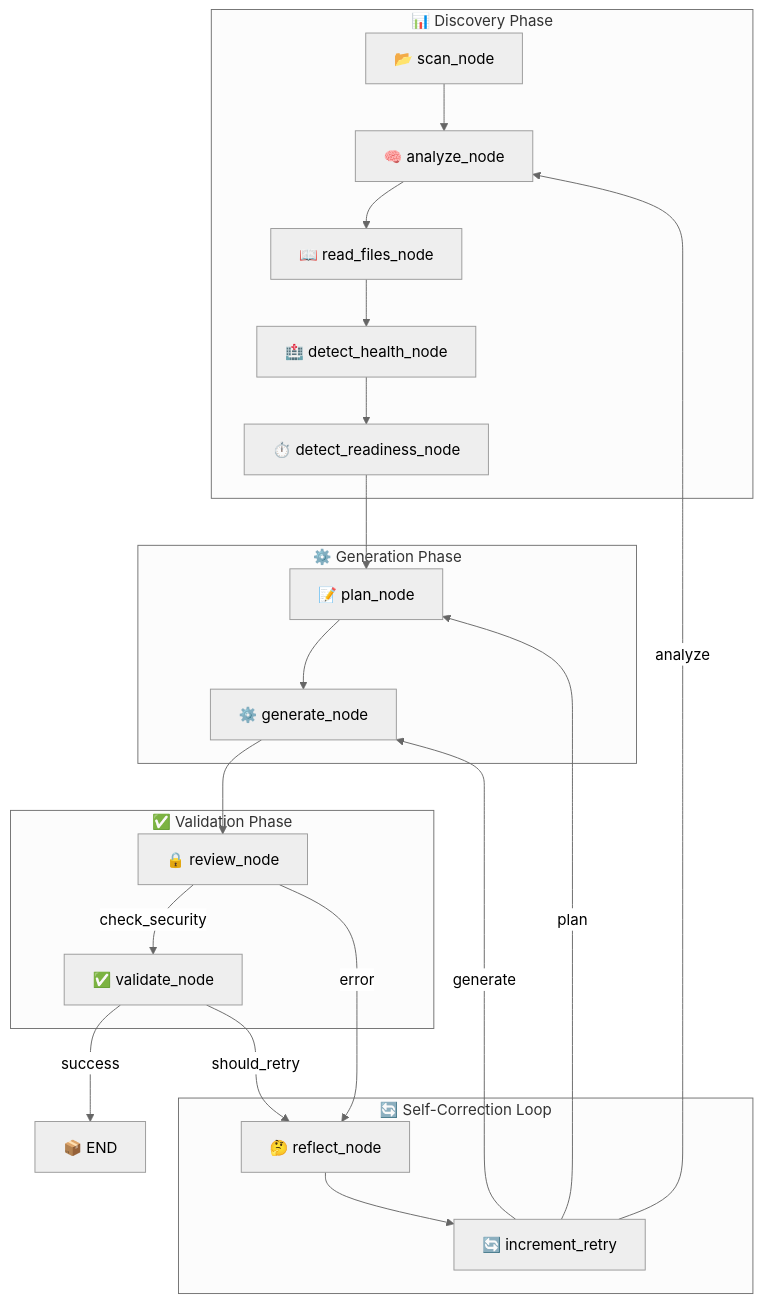
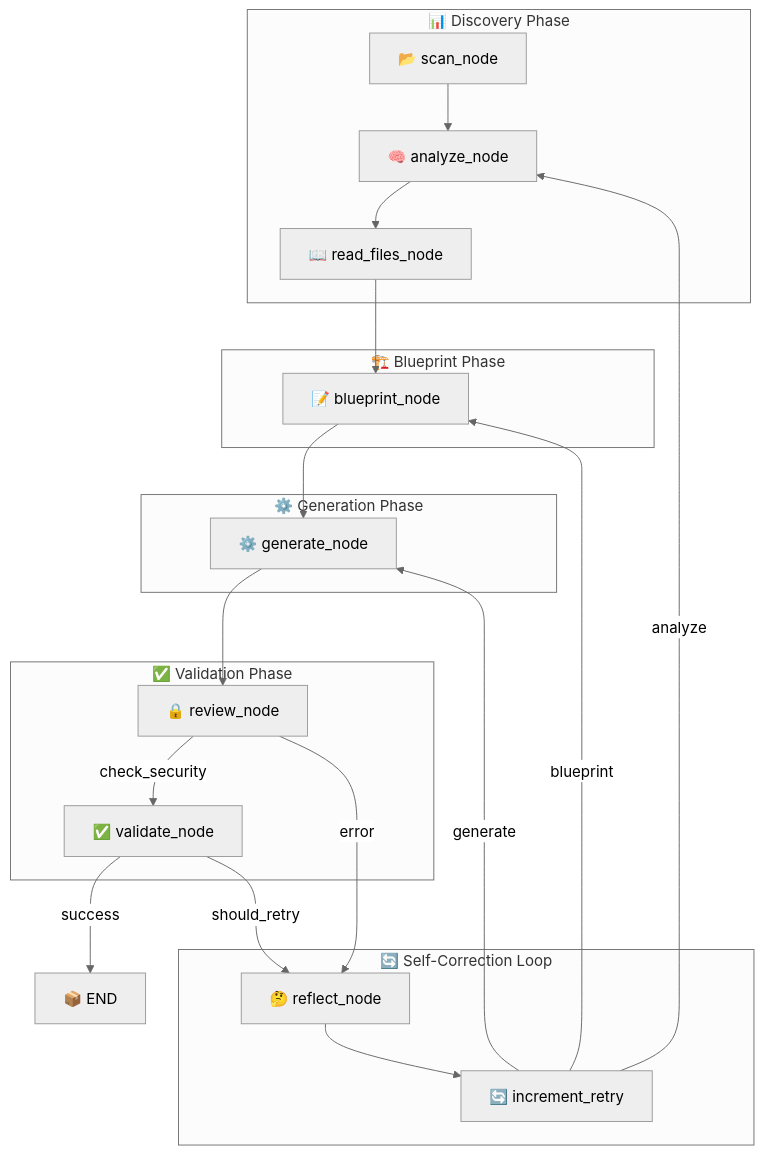
One commit to actions-marketplace-validations/itzzjb_dockai changed the diagram in docs/README.md. Above: the diagram before and after it, drawn with Mermaid (neutral theme). The commit also changed other lines of this file and 28 other files, not shown here.

Commit message:
feat: Refactor planning agent to blueprint, consolidating runtime configuration and removing separate health/readiness detection.

````diff
--- a/docs/README.md
+++ b/docs/README.md
@@ -192,39 +192,40 @@
 ```mermaid
 flowchart TB
     subgraph Discovery["📊 Discovery Phase"]
         scan["📂 scan_node"]
         analyze["🧠 analyze_node"]
         read["📖 read_files_node"]
-        health["🏥 detect_health_node"]
-        ready["⏱️ detect_readiness_node"]
+    end
+    
+    subgraph Blueprint["🏗️ Blueprint Phase"]
+        blueprint["📝 blueprint_node"]
     end
     
     subgraph Generation["⚙️ Generation Phase"]
-        plan["📝 plan_node"]
         generate["⚙️ generate_node"]
     end
     
     subgraph Validation["✅ Validation Phase"]
         review["🔒 review_node"]
         validate["✅ validate_node"]
     end
     
     subgraph Feedback["🔄 Self-Correction Loop"]
         reflect["🤔 reflect_node"]
         increment["🔄 increment_retry"]
     end
     
-    scan --> analyze --> read --> health --> ready --> plan
-    plan --> generate --> review
+    scan --> analyze --> read --> blueprint
+    blueprint --> generate --> review
     
     review -->|"check_security"| validate
     review -->|"error"| reflect
     
     validate -->|"success"| done["📦 END"]
     validate -->|"should_retry"| reflect
     
     reflect --> increment
     increment -->|"generate"| generate
-    increment -->|"plan"| plan  
+    increment -->|"blueprint"| blueprint  
     increment -->|"analyze"| analyze
 ```
````
